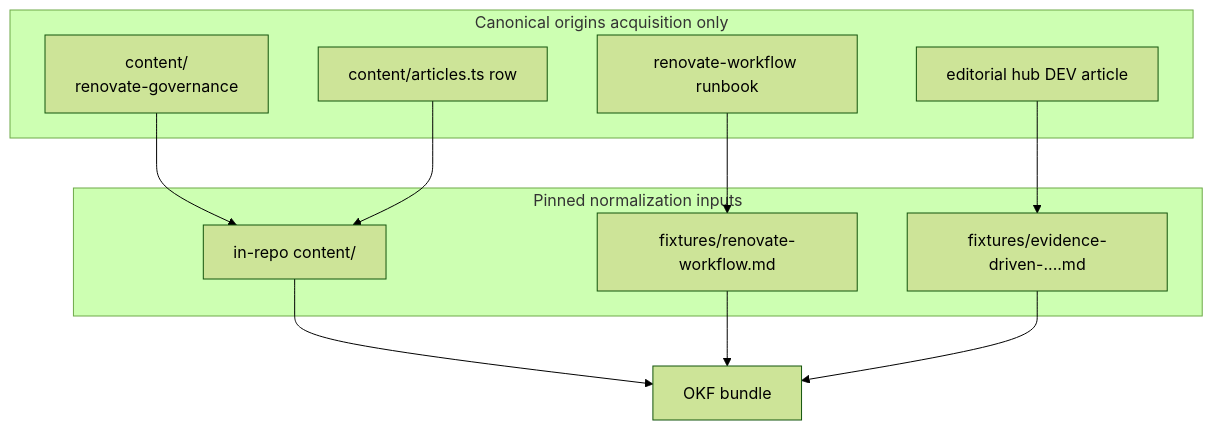
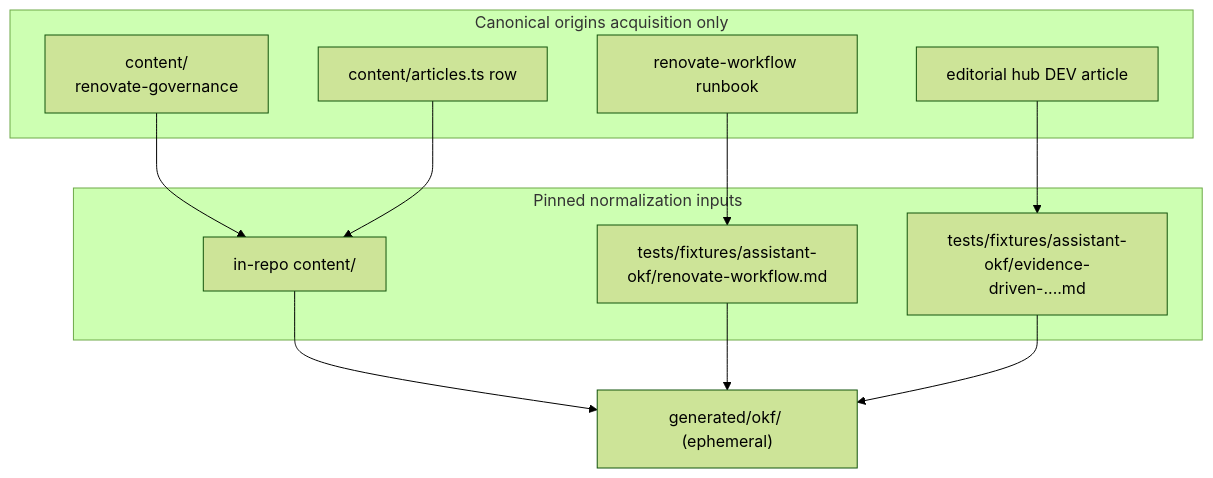
Before and after one commit to mastermichaelt/portfolio: the diagram in .cursor/plans/assistant-okf-normalization-experiment.plan.md, drawn with Mermaid (forest theme). The commit also changed other lines of this file, not shown here.

First line of the commit message:
Align OKF experiment plan with shipped ephemeral architecture.

````diff
--- a/.cursor/plans/assistant-okf-normalization-experiment.plan.md
+++ b/.cursor/plans/assistant-okf-normalization-experiment.plan.md
@@ -61,18 +61,18 @@
 ```mermaid
 flowchart TB
   subgraph origins [Canonical origins acquisition only]
     SC["content/\nrenovate-governance"]
     AM["content/articles.ts row"]
     RW["renovate-workflow runbook"]
     DEV["editorial hub DEV article"]
   end
   subgraph pinned [Pinned normalization inputs]
     SC --> SCin["in-repo content/"]
     AM --> SCin
-    RW --> FIXrw["fixtures/renovate-workflow.md"]
-    DEV --> FIXdev["fixtures/evidence-driven-....md"]
+    RW --> FIXrw["tests/fixtures/assistant-okf/renovate-workflow.md"]
+    DEV --> FIXdev["tests/fixtures/assistant-okf/evidence-driven-....md"]
   end
-  SCin --> OKF[OKF bundle]
+  SCin --> OKF["generated/okf/ (ephemeral)"]
   FIXrw --> OKF
   FIXdev --> OKF
 ```
````
